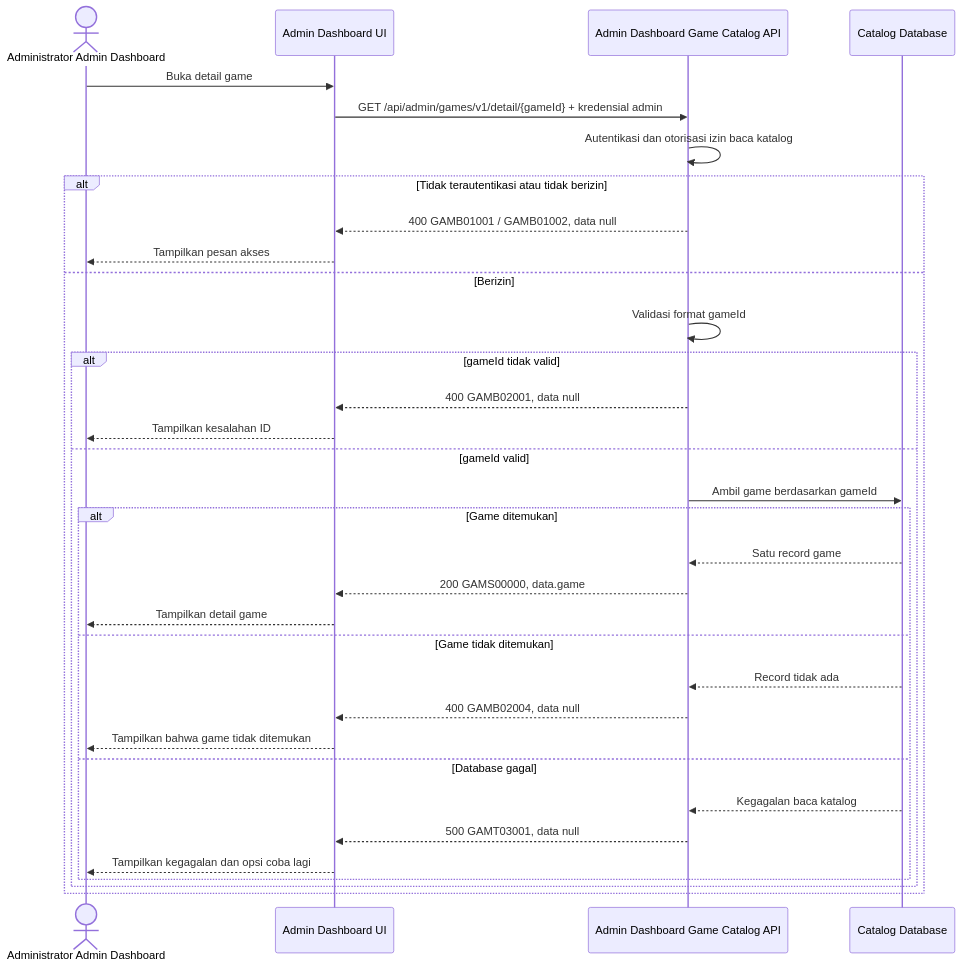
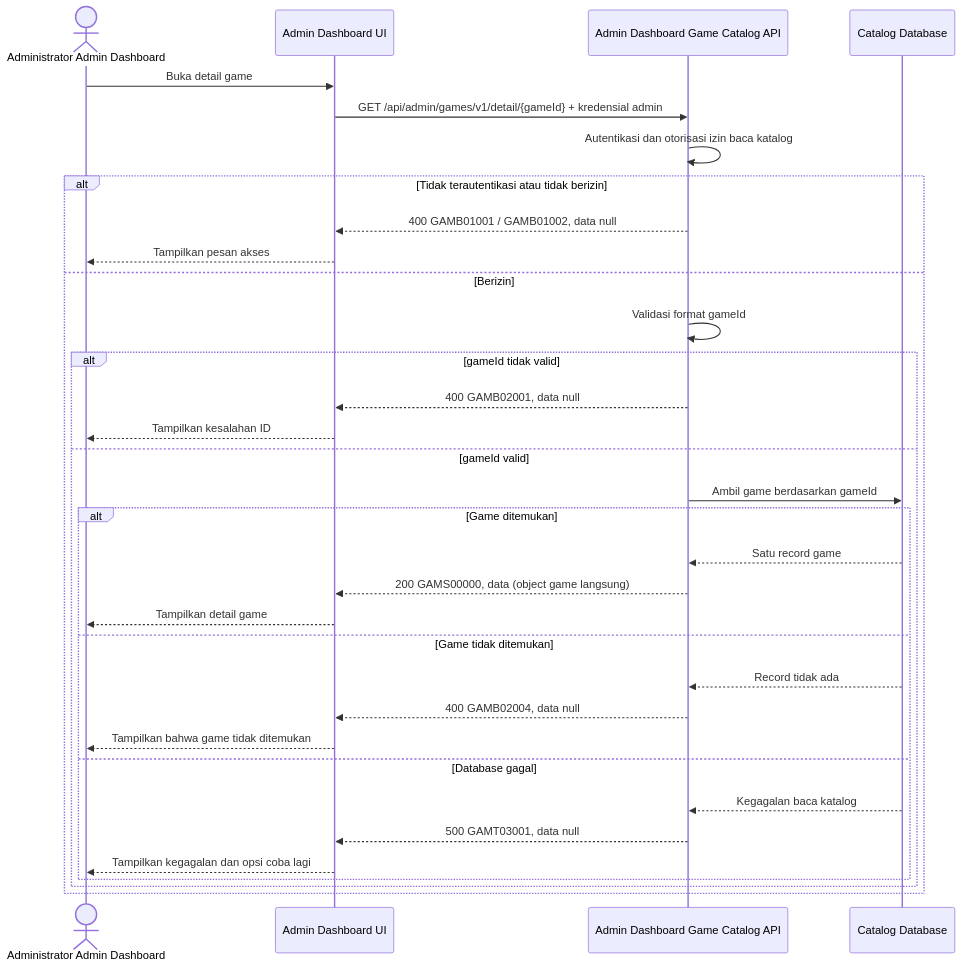
The diagram in sprint-1/solutioning/dashboard/games/get-detail-game.md (fatihmuhamadridho/docs-game-service-platform), drawn with Mermaid before and after one commit. The commit also changed other lines of this file and 22 other files, not shown here.

````diff
--- a/sprint-1/solutioning/dashboard/games/get-detail-game.md
+++ b/sprint-1/solutioning/dashboard/games/get-detail-game.md
@@ -14,35 +14,35 @@
 ```mermaid
 sequenceDiagram
     actor Admin as Administrator Admin Dashboard
     participant UI as Admin Dashboard UI
     participant API as Admin Dashboard Game Catalog API
     participant DB as Catalog Database
     Admin->>UI: Buka detail game
     UI->>API: GET /api/admin/games/v1/detail/{gameId} + kredensial admin
     API->>API: Autentikasi dan otorisasi izin baca katalog
     alt Tidak terautentikasi atau tidak berizin
         API-->>UI: 400 GAMB01001 / GAMB01002, data null
         UI-->>Admin: Tampilkan pesan akses
     else Berizin
         API->>API: Validasi format gameId
         alt gameId tidak valid
             API-->>UI: 400 GAMB02001, data null
             UI-->>Admin: Tampilkan kesalahan ID
         else gameId valid
             API->>DB: Ambil game berdasarkan gameId
             alt Game ditemukan
                 DB-->>API: Satu record game
-                API-->>UI: 200 GAMS00000, data.game
+                API-->>UI: 200 GAMS00000, data (object game langsung)
                 UI-->>Admin: Tampilkan detail game
             else Game tidak ditemukan
                 DB-->>API: Record tidak ada
                 API-->>UI: 400 GAMB02004, data null
                 UI-->>Admin: Tampilkan bahwa game tidak ditemukan
             else Database gagal
                 DB-->>API: Kegagalan baca katalog
                 API-->>UI: 500 GAMT03001, data null
                 UI-->>Admin: Tampilkan kegagalan dan opsi coba lagi
             end
         end
     end
 ```
````
